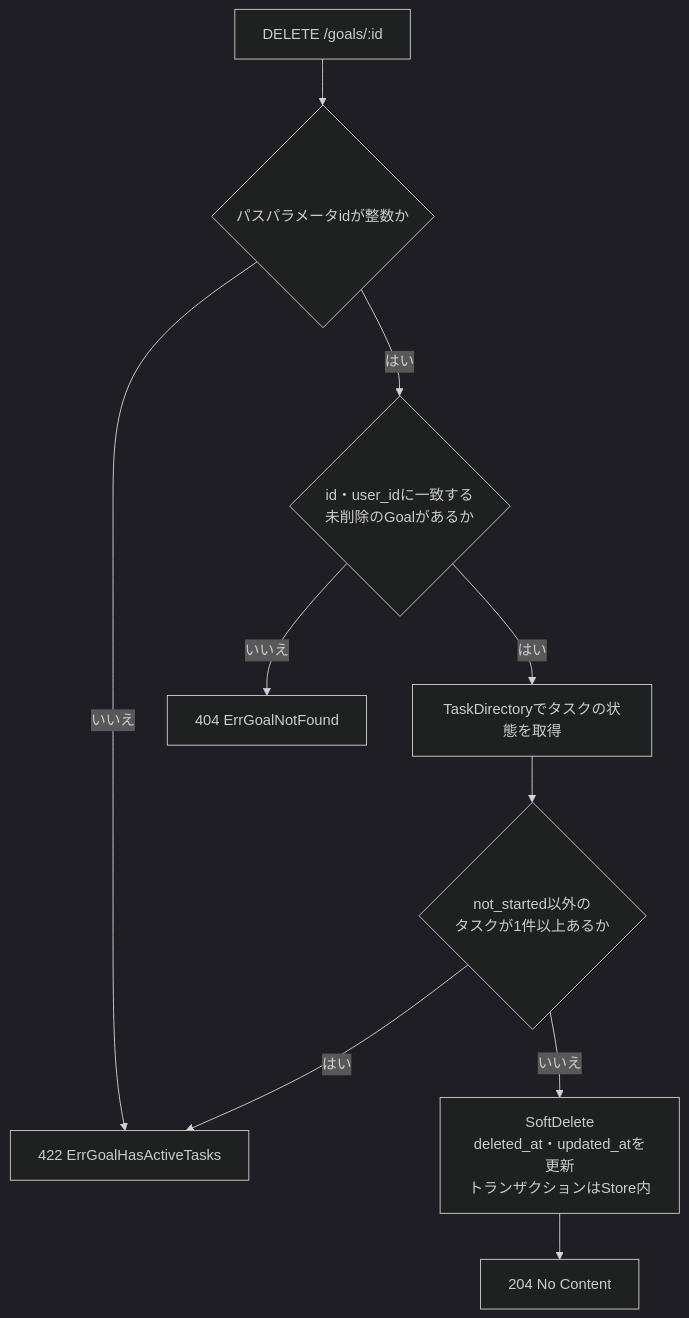
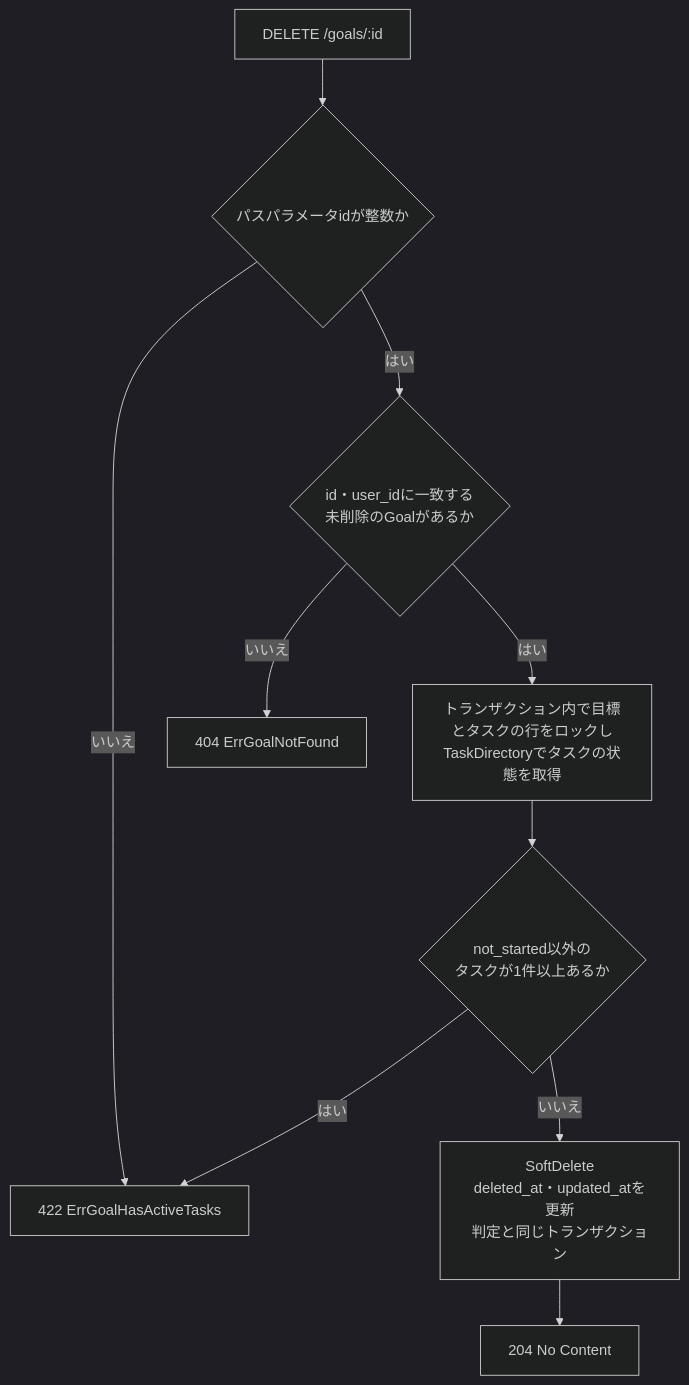
One commit to yuta20253/edu-platform-go-design changed the sixth of 7 diagrams in 計画書/Go実装仕様書/目標管理機能_Go実装仕様書.md. Above: the diagram before and after it, drawn with Mermaid (dark theme). The commit also changed other lines of this file and 71 other files, not shown here.

````diff
--- a/計画書/Go実装仕様書/目標管理機能_Go実装仕様書.md
+++ b/計画書/Go実装仕様書/目標管理機能_Go実装仕様書.md
@@ -409,12 +409,12 @@
 ```mermaid
 flowchart TD
     A[DELETE /goals/:id] --> B{パスパラメータidが整数か}
     B -- いいえ --> E422[422 バリデーションエラー]
     B -- はい --> D{id・user_idに一致する<br/>未削除のGoalがあるか}
     D -- いいえ --> E404[404 ErrGoalNotFound]
-    D -- はい --> F[TaskDirectoryでタスクの状態を取得]
+    D -- はい --> F[トランザクション内で目標とタスクの行をロックし<br/>TaskDirectoryでタスクの状態を取得]
     F --> G{not_started以外の<br/>タスクが1件以上あるか}
     G -- はい --> E422[422 ErrGoalHasActiveTasks]
-    G -- いいえ --> H[SoftDelete<br/>deleted_at・updated_atを更新<br/>トランザクションはStore内]
+    G -- いいえ --> H[SoftDelete<br/>deleted_at・updated_atを更新<br/>判定と同じトランザクション]
     H --> J[204 No Content]
 ```
````
